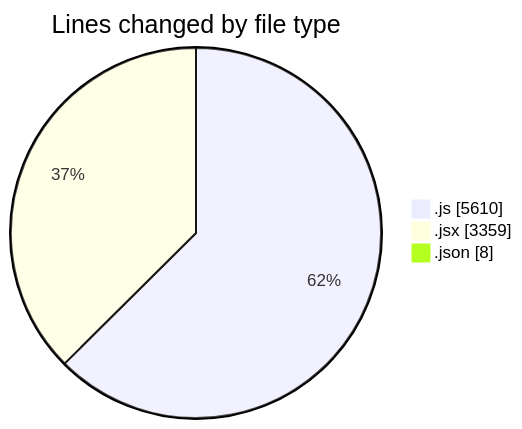
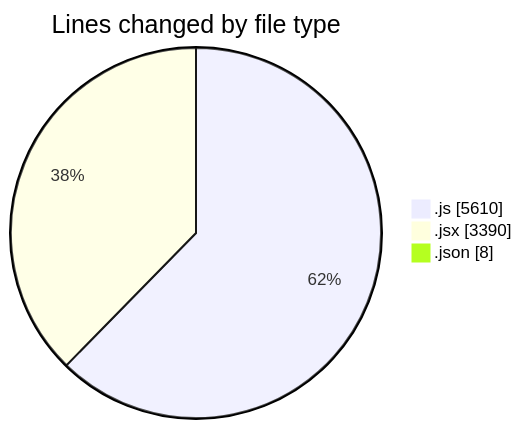
One commit to nxtqubesakshisongat/code-tracking changed the first of 2 diagrams in 2025-07-23/nxtqube_webapp/README.md. Above: the diagram before and after it, drawn with Mermaid. The commit also changed other lines of this file and 1 other file, not shown here.

````diff
--- a/2025-07-23/nxtqube_webapp/README.md
+++ b/2025-07-23/nxtqube_webapp/README.md
@@ -59,7 +60,7 @@
 ```mermaid
 pie showData
 title Lines changed by file type
 ".js" : 5610
-".jsx" : 3359
+".jsx" : 3390
 ".json" : 8
 ```
````
